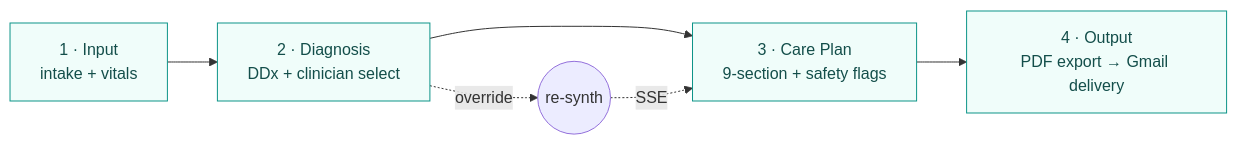
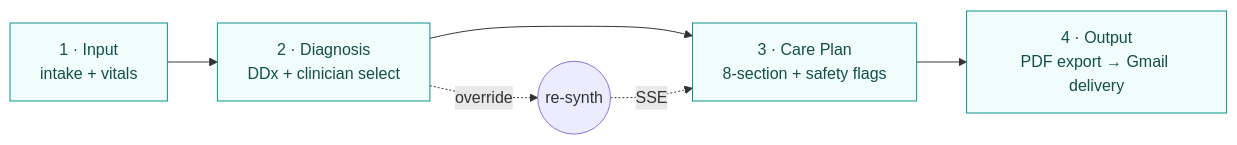
The fifth of 8 diagrams in POSTER_LAYOUT.md (itznotpk/CPG-LLM-Agentic-RAG-Knowledge-Graph), drawn with Mermaid before and after one commit. The commit also changed other lines of this file and 13 other files, not shown here.

Commit message:
Update Doctor UI components, refactor Supabase schema for vitals and severity, remove patient education, and update documentation

````diff
--- a/POSTER_LAYOUT.md
+++ b/POSTER_LAYOUT.md
@@ -1028,10 +1028,10 @@
 ```mermaid
 flowchart LR
     I[1 · Input<br/>intake + vitals] --> D[2 · Diagnosis<br/>DDx + clinician select]
-    D --> C[3 · Care Plan<br/>9-section + safety flags]
+    D --> C[3 · Care Plan<br/>8-section + safety flags]
     C --> O[4 · Output<br/>PDF export → Gmail delivery]
     D -. override .-> R((re-synth)) -. SSE .-> C
 
     classDef step fill:#f0fdfa,stroke:#0d9488,color:#134e4a;
     class I,D,C,O step;
 ```
````
